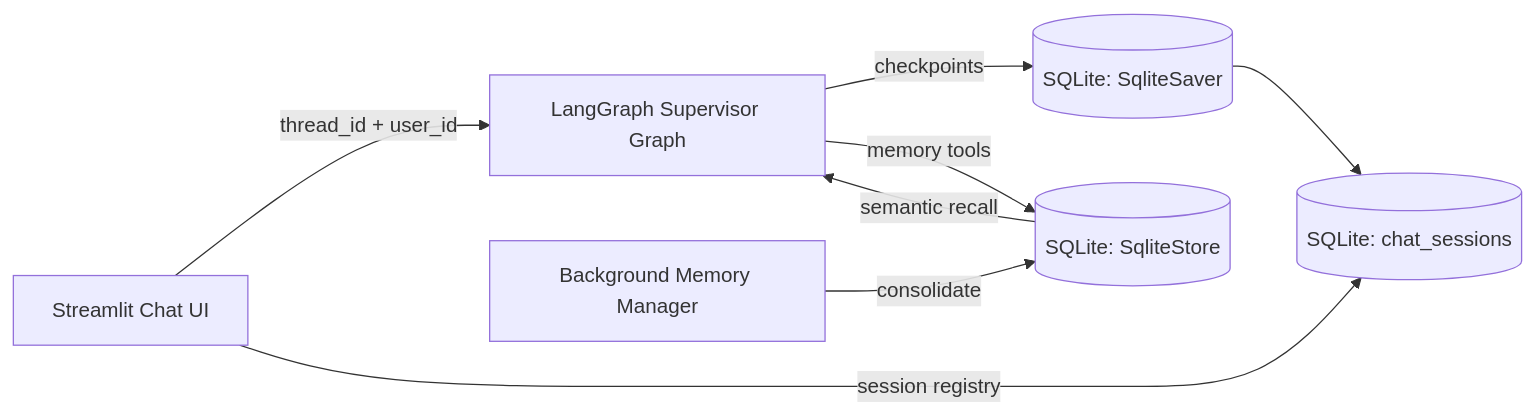
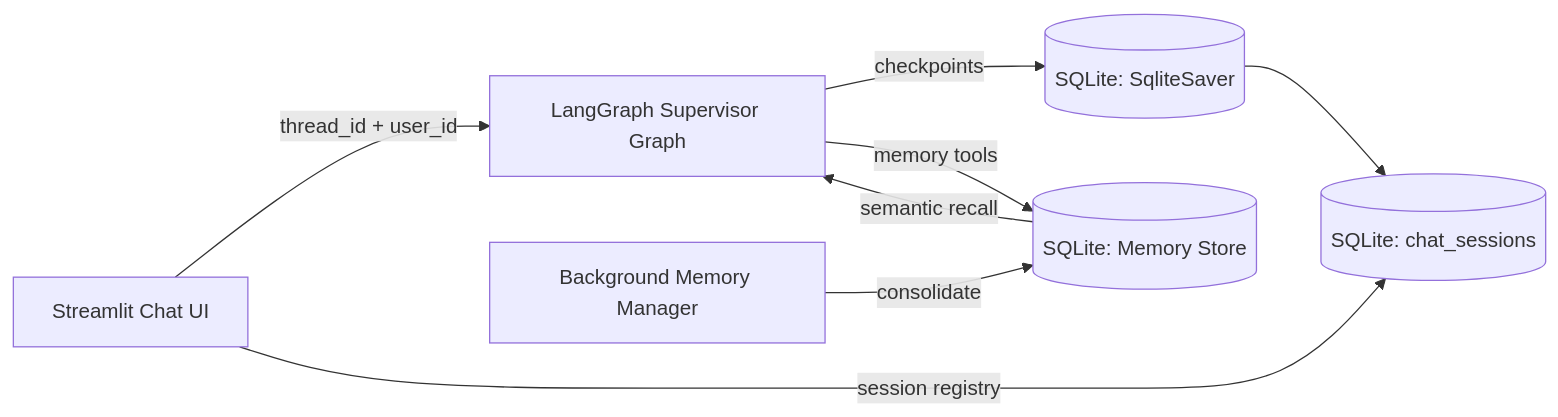
Before and after one commit to BjornMelin/docmind-ai-llm: the diagram in docs/developers/adrs/ADR-057-chat-persistence-langgraph-sqlite-hybrid-memory.md, drawn with Mermaid. The commit also changed other lines of this file and 39 other files, not shown here.

````diff
--- a/docs/developers/adrs/ADR-057-chat-persistence-langgraph-sqlite-hybrid-memory.md
+++ b/docs/developers/adrs/ADR-057-chat-persistence-langgraph-sqlite-hybrid-memory.md
@@ -109,11 +113,11 @@
 ```mermaid
 flowchart LR
   UI[Streamlit Chat UI] -->|thread_id + user_id| SUP[LangGraph Supervisor Graph]
   SUP -->|checkpoints| CP[(SQLite: SqliteSaver)]
-  SUP -->|memory tools| LT[(SQLite: SqliteStore)]
+  SUP -->|memory tools| LT[(SQLite: Memory Store)]
   LT -->|semantic recall| SUP
   BG[Background Memory Manager] -->|consolidate| LT
 
   UI -->|session registry| REG[(SQLite: chat_sessions)]
   CP --> REG
 ```
````
